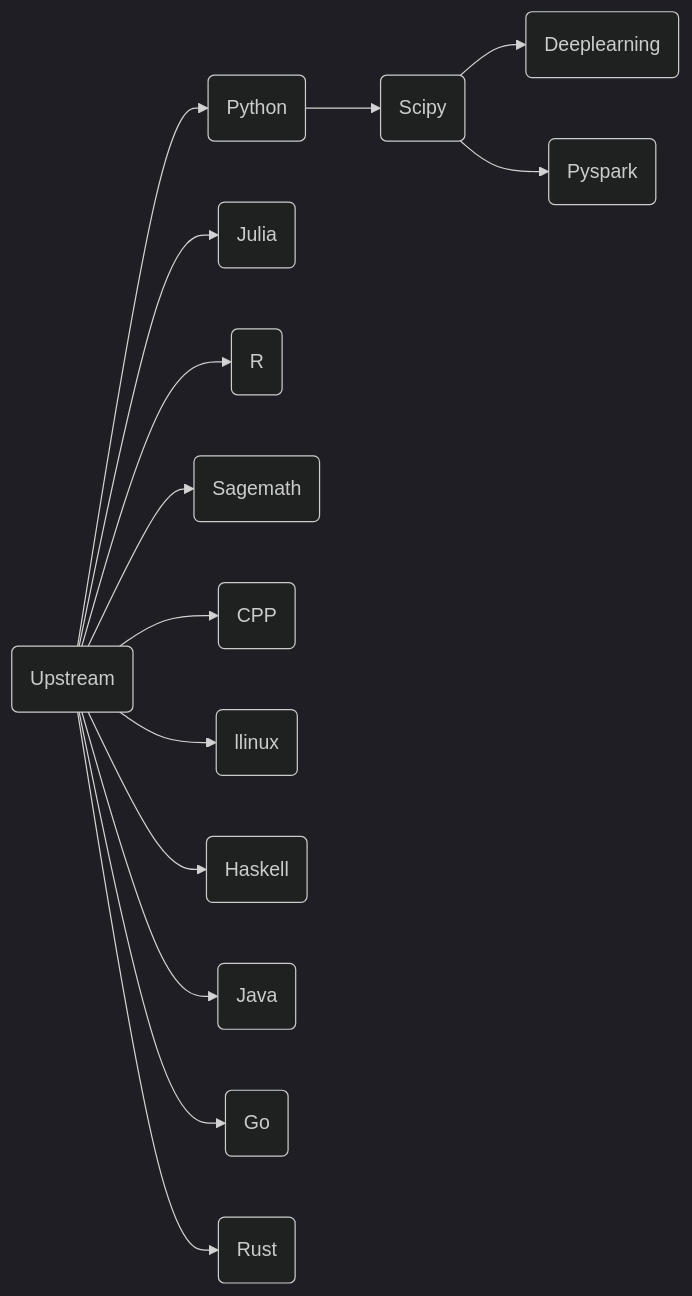
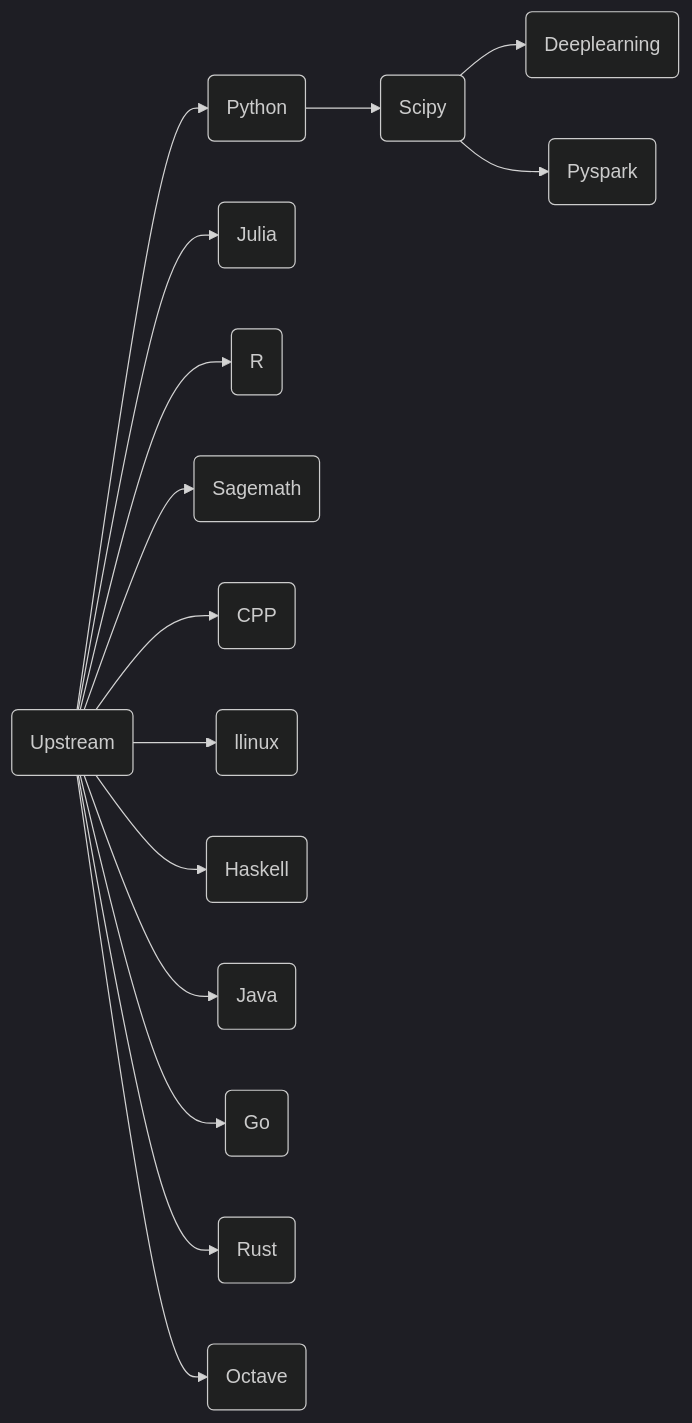
Before and after one commit to ben0i0d/jupyter-image-stacks: the diagram in README.md, drawn with Mermaid (dark theme). The commit also changed other lines of this file and 1 other file, not shown here.

````diff
--- a/README.md
+++ b/README.md
@@ -49,15 +50,16 @@
 ```mermaid
 graph LR
 A(Upstream)-->B(Python)-->C(Scipy)
 A-->F(Julia)
 A-->G(R)
 A-->H(Sagemath)
 A-->I(CPP)
 A-->J(llinux)
 A-->K(Haskell)
 A-->L(Java)
 A-->M(Go)
 A-->N(Rust)
+A-->O(Octave)
 C(Scipy)-->D(Deeplearning)  
 C(Scipy)-->E(Pyspark)  
 ```  
````
